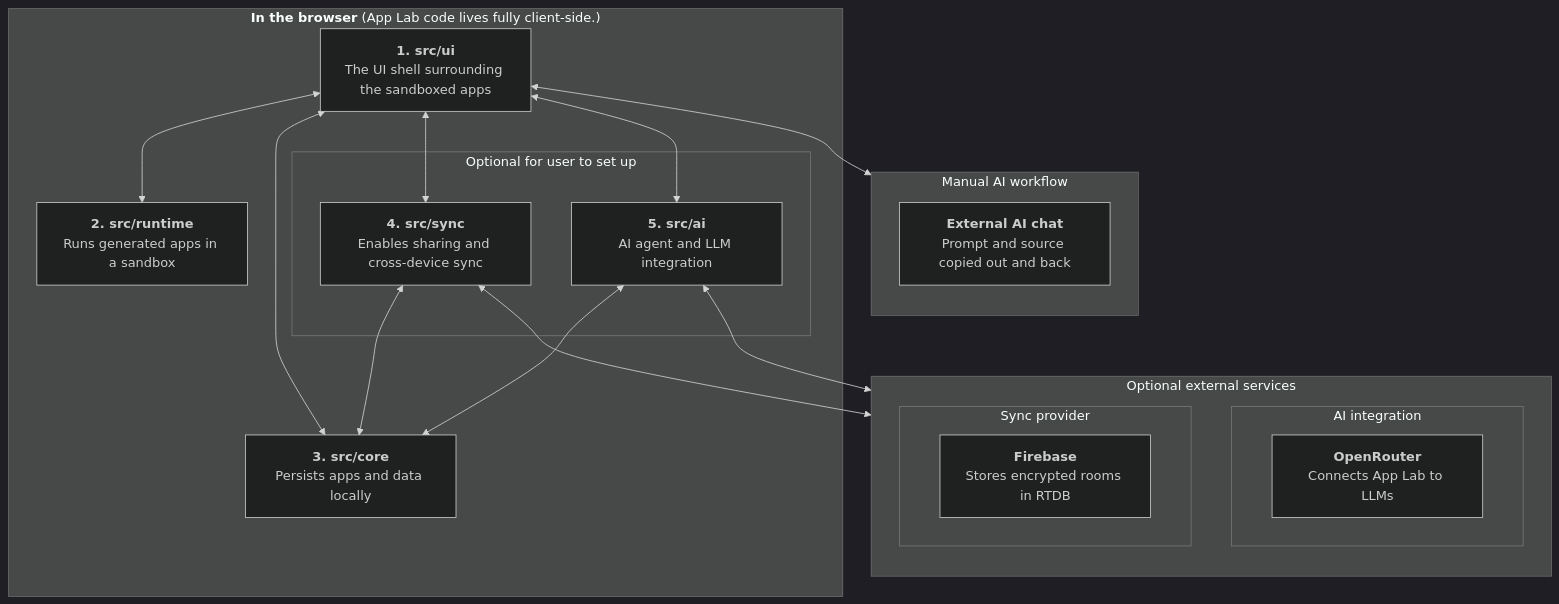
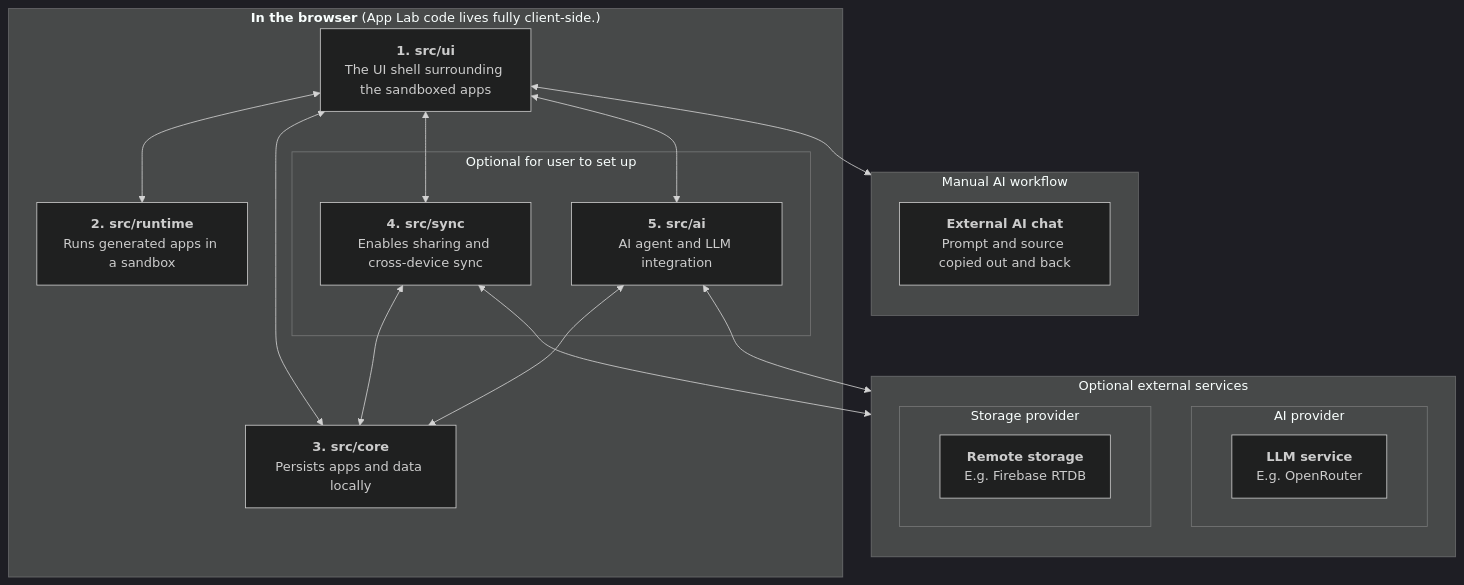
The diagram in docs/README.md (loelindstrom/app-lab), drawn with Mermaid (dark theme) before and after one commit. The commit also changed other lines of this file and 43 other files, not shown here.

````diff
--- a/docs/README.md
+++ b/docs/README.md
@@ -49,37 +87,37 @@
 ```mermaid
 flowchart TB
   subgraph manual["Manual AI workflow"]
     direction TB
     aimanual["<b>External AI chat</b>\nPrompt and source copied out and back"]
   end
 
   subgraph browser["<b>In the browser</b> (App Lab code lives fully client-side.)"]
     ui["<b>1. src/ui</b>\nThe UI shell surrounding the sandboxed apps"]
     core["<b>3. src/core</b>\nPersists apps and data locally"]
     runtime["<b>2. src/runtime</b>\nRuns generated apps in a sandbox"]
     subgraph optional["Optional for user to set up"]
         ai["<b>5. src/ai</b>\nAI agent and LLM integration"]
         sync["<b>4. src/sync</b>\nEnables sharing and cross-device sync"]
     end
   end
 
   subgraph integrations["Optional external services"]
     direction TB
-    subgraph aiBox["AI integration"]
-        openrouter["<b>OpenRouter</b>\nConnects App Lab to LLMs"]
+    subgraph aiBox["AI provider"]
+        openrouter["<b>LLM service</b>\nE.g. OpenRouter"]
     end
-    subgraph syncBox["Sync provider"]
-        firebase["<b>Firebase</b>\nStores encrypted rooms in RTDB"]
+    subgraph syncBox["Storage provider"]
+        firebase["<b>Remote storage</b>\nE.g. Firebase RTDB"]
     end
   end
 
   ui <--> runtime
   ui <--> core
   ui <--> sync
   sync <--> core
   sync <--> syncBox
   ui <--> ai
   ai <--> core
   ai <--> aiBox
   ui <--> aimanual
 ```
````
